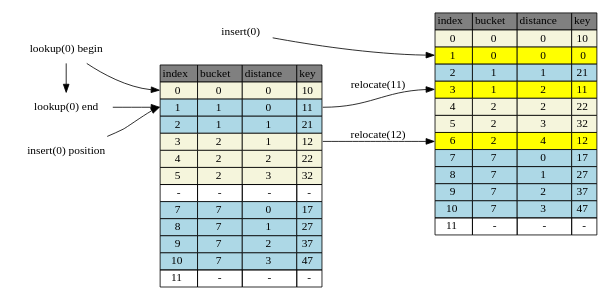
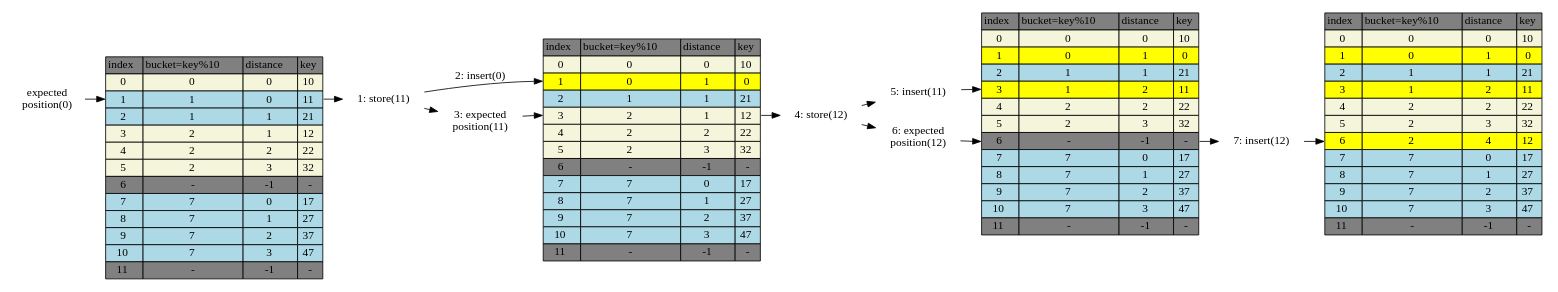
The diagram in robinhood/hash-table-robinhood-insert-0.dot (jasonlue/digest), drawn with Graphviz before and after one commit. The commit also changed 5 other files, not shown here.

Commit message:
redesigned the diagram

```diff
--- a/robinhood/hash-table-robinhood-insert-0.dot
+++ b/robinhood/hash-table-robinhood-insert-0.dot
@@ -1,11 +1,13 @@
 digraph table{
     rankdir=LR
+    ranksep="0.1"
     node[shape=plaintext]
+
     table[label=<
         <TABLE BORDER="0" CELLBORDER="1" CELLSPACING="0">
             <TR>
                 <TD BGCOLOR="grey">index</TD>
-                <TD BGCOLOR="grey">bucket</TD>
+                <TD BGCOLOR="grey">bucket=key%10</TD>
                 <TD BGCOLOR="grey">distance</TD>
                 <TD BGCOLOR="grey">key</TD>
             </TR>           
@@ -13,7 +15,7 @@
                 <TD BGCOLOR="beige" PORT="i0">0</TD>
                 <TD BGCOLOR="beige">0</TD>
                 <TD BGCOLOR="beige">0</TD>
-                <TD BGCOLOR="beige">10</TD>
+                <TD BGCOLOR="beige" PORT="k0">10</TD>
             </TR>           
             <TR>
                 <TD BGCOLOR="lightblue" PORT="i1">1</TD>
@@ -25,7 +27,7 @@
                 <TD BGCOLOR="lightblue" PORT="i2">2</TD>
                 <TD BGCOLOR="lightblue">1</TD>
                 <TD BGCOLOR="lightblue">1</TD>
-                <TD BGCOLOR="lightblue">21</TD>
+                <TD BGCOLOR="lightblue" PORT="k2">21</TD>
             </TR>           
             <TR>
                 <TD BGCOLOR="beige" PORT="i3">3</TD>
@@ -34,81 +36,162 @@
                 <TD BGCOLOR="beige" PORT="k3">12</TD>
             </TR>           
             <TR>
-                <TD BGCOLOR="beige">4</TD>
+                <TD BGCOLOR="beige" PORT="i4">4</TD>
                 <TD BGCOLOR="beige">2</TD>
                 <TD BGCOLOR="beige">2</TD>
-                <TD BGCOLOR="beige">22</TD>
+                <TD BGCOLOR="beige" PORT="k4">22</TD>
             </TR>           
             <TR>
-                <TD BGCOLOR="beige">5</TD>
+                <TD BGCOLOR="beige" PORT="i5">5</TD>
                 <TD BGCOLOR="beige">2</TD>
                 <TD BGCOLOR="beige">3</TD>
-                <TD BGCOLOR="beige">32</TD>
+                <TD BGCOLOR="beige" PORT="k5">32</TD>
             </TR>           
             <TR>
-                <TD PORT="i6">-</TD>
-                <TD>-</TD>
-                <TD>-</TD>
-                <TD PORT="k6">-</TD>
+                <TD BGCOLOR="grey" PORT="i6">6</TD>
+                <TD BGCOLOR="grey">-</TD>
+                <TD BGCOLOR="grey">-1</TD>
+                <TD BGCOLOR="grey" PORT="k6">-</TD>
             </TR>           
             <TR>
-                <TD BGCOLOR="lightblue">7</TD>
+                <TD BGCOLOR="lightblue" PORT="i7">7</TD>
                 <TD BGCOLOR="lightblue">7</TD>
                 <TD BGCOLOR="lightblue">0</TD>
-                <TD BGCOLOR="lightblue">17</TD>
+                <TD BGCOLOR="lightblue" PORT="k7">17</TD>
             </TR>           
             <TR>
-                <TD BGCOLOR="lightblue">8</TD>
+                <TD BGCOLOR="lightblue" PORT="i8">8</TD>
                 <TD BGCOLOR="lightblue">7</TD>
                 <TD BGCOLOR="lightblue">1</TD>
-                <TD BGCOLOR="lightblue">27</TD>
+                <TD BGCOLOR="lightblue" PORT="k8">27</TD>
             </TR>           
             <TR>
-                <TD BGCOLOR="lightblue">9</TD>
+                <TD BGCOLOR="lightblue" PORT="i9">9</TD>
                 <TD BGCOLOR="lightblue">7</TD>
                 <TD BGCOLOR="lightblue">2</TD>
-                <TD BGCOLOR="lightblue">37</TD>
+                <TD BGCOLOR="lightblue" PORT="k9">37</TD>
             </TR>           
             <TR>
-                <TD BGCOLOR="lightblue">10</TD>
+                <TD BGCOLOR="lightblue" PORT="i10">10</TD>
                 <TD BGCOLOR="lightblue">7</TD>
                 <TD BGCOLOR="lightblue">3</TD>
-                <TD BGCOLOR="lightblue">47</TD>
+                <TD BGCOLOR="lightblue" PORT="k10">47</TD>
             </TR>           
             <TR>
-                <TD>11</TD>
-                <TD >-</TD>
-                <TD >-</TD>
-                <TD >-</TD>
+                <TD BGCOLOR="grey" PORT="i11">11</TD>
+                <TD BGCOLOR="grey">-</TD>
+                <TD BGCOLOR="grey">-1</TD>
+                <TD BGCOLOR="grey" PORT="k11">-</TD>
             </TR>          
         </TABLE>
     >]
-
     table2[label=<
         <TABLE BORDER="0" CELLBORDER="1" CELLSPACING="0">
             <TR>
                 <TD BGCOLOR="grey">index</TD>
-                <TD BGCOLOR="grey">bucket</TD>
+                <TD BGCOLOR="grey">bucket=key%10</TD>
                 <TD BGCOLOR="grey">distance</TD>
                 <TD BGCOLOR="grey">key</TD>
             </TR>           
             <TR>
+                <TD BGCOLOR="beige" PORT="i0">0</TD>
                 <TD BGCOLOR="beige">0</TD>
                 <TD BGCOLOR="beige">0</TD>
-                <TD BGCOLOR="beige">0</TD>
-                <TD BGCOLOR="beige">10</TD>
+                <TD BGCOLOR="beige" PORT="k0">10</TD>
             </TR>           
             <TR>
                 <TD BGCOLOR="yellow" PORT="i1">1</TD>
                 <TD BGCOLOR="yellow">0</TD>
+                <TD BGCOLOR="yellow">1</TD>
+                <TD BGCOLOR="yellow" PORT="k1">0</TD>
+            </TR>
+            <TR>
+                <TD BGCOLOR="lightblue" PORT="i2">2</TD>
+                <TD BGCOLOR="lightblue">1</TD>
+                <TD BGCOLOR="lightblue">1</TD>
+                <TD BGCOLOR="lightblue" PORT="k2">21</TD>
+            </TR>           
+            <TR>
+                <TD BGCOLOR="beige" PORT="i3">3</TD>
+                <TD BGCOLOR="beige">2</TD>
+                <TD BGCOLOR="beige">1</TD>
+                <TD BGCOLOR="beige" PORT="k3">12</TD>
+            </TR>           
+            <TR>
+                <TD BGCOLOR="beige" PORT="i4">4</TD>
+                <TD BGCOLOR="beige">2</TD>
+                <TD BGCOLOR="beige">2</TD>
+                <TD BGCOLOR="beige" PORT="k4">22</TD>
+            </TR>           
+            <TR>
+                <TD BGCOLOR="beige" PORT="i5">5</TD>
+                <TD BGCOLOR="beige">2</TD>
+                <TD BGCOLOR="beige">3</TD>
+                <TD BGCOLOR="beige" PORT="k5">32</TD>
+            </TR>           
+            <TR>
+                <TD BGCOLOR="grey" PORT="i6">6</TD>
+                <TD BGCOLOR="grey">-</TD>
+                <TD BGCOLOR="grey">-1</TD>
+                <TD BGCOLOR="grey" PORT="k6">-</TD>
+            </TR>           
+            <TR>
+                <TD BGCOLOR="lightblue" PORT="i7">7</TD>
+                <TD BGCOLOR="lightblue">7</TD>
+                <TD BGCOLOR="lightblue">0</TD>
+                <TD BGCOLOR="lightblue" PORT="k7">17</TD>
+            </TR>           
+            <TR>
+                <TD BGCOLOR="lightblue" PORT="i8">8</TD>
+                <TD BGCOLOR="lightblue">7</TD>
+                <TD BGCOLOR="lightblue">1</TD>
+                <TD BGCOLOR="lightblue" PORT="k8">27</TD>
+            </TR>           
+            <TR>
+                <TD BGCOLOR="lightblue" PORT="i9">9</TD>
+                <TD BGCOLOR="lightblue">7</TD>
+                <TD BGCOLOR="lightblue">2</TD>
+                <TD BGCOLOR="lightblue" PORT="k9">37</TD>
+            </TR>           
+            <TR>
+                <TD BGCOLOR="lightblue" PORT="i10">10</TD>
+                <TD BGCOLOR="lightblue">7</TD>
+                <TD BGCOLOR="lightblue">3</TD>
+                <TD BGCOLOR="lightblue" PORT="k10">47</TD>
+            </TR>           
+            <TR>
+                <TD BGCOLOR="grey" PORT="i11">11</TD>
+                <TD BGCOLOR="grey">-</TD>
+                <TD BGCOLOR="grey">-1</TD>
+                <TD BGCOLOR="grey" PORT="k11">-</TD>
+            </TR>          
+        </TABLE>
+    >]
+    table3[label=<
+        <TABLE BORDER="0" CELLBORDER="1" CELLSPACING="0">
+            <TR>
+                <TD BGCOLOR="grey">index</TD>
+                <TD BGCOLOR="grey">bucket=key%10</TD>
+                <TD BGCOLOR="grey">distance</TD>
+                <TD BGCOLOR="grey">key</TD>
+            </TR>           
+            <TR>
+                <TD BGCOLOR="beige" PORT="i0">0</TD>
+                <TD BGCOLOR="beige">0</TD>
+                <TD BGCOLOR="beige">0</TD>
+                <TD BGCOLOR="beige" PORT="k0">10</TD>
+            </TR>           
+            <TR>
+                <TD BGCOLOR="yellow" PORT="i1">1</TD>
                 <TD BGCOLOR="yellow">0</TD>
+                <TD BGCOLOR="yellow">1</TD>
                 <TD BGCOLOR="yellow" PORT="k1">0</TD>
             </TR>           
             <TR>
                 <TD BGCOLOR="lightblue" PORT="i2">2</TD>
                 <TD BGCOLOR="lightblue">1</TD>
                 <TD BGCOLOR="lightblue">1</TD>
-                <TD BGCOLOR="lightblue">21</TD>
+                <TD BGCOLOR="lightblue" PORT="k2">21</TD>
             </TR>           
             <TR>
                 <TD BGCOLOR="yellow" PORT="i3">3</TD>
@@ -117,62 +200,144 @@
                 <TD BGCOLOR="yellow" PORT="k3">11</TD>
             </TR>           
             <TR>
-                <TD BGCOLOR="beige">4</TD>
+                <TD BGCOLOR="beige" PORT="i4">4</TD>
                 <TD BGCOLOR="beige">2</TD>
                 <TD BGCOLOR="beige">2</TD>
-                <TD BGCOLOR="beige">22</TD>
+                <TD BGCOLOR="beige" PORT="k4">22</TD>
             </TR>           
             <TR>
-                <TD BGCOLOR="beige">5</TD>
+                <TD BGCOLOR="beige" PORT="i5">5</TD>
                 <TD BGCOLOR="beige">2</TD>
                 <TD BGCOLOR="beige">3</TD>
-                <TD BGCOLOR="beige">32</TD>
+                <TD BGCOLOR="beige" PORT="k5">32</TD>
+            </TR>           
+            <TR>
+                <TD BGCOLOR="grey" PORT="i6">6</TD>
+                <TD BGCOLOR="grey">-</TD>
+                <TD BGCOLOR="grey">-1</TD>
+                <TD BGCOLOR="grey" PORT="k6">-</TD>
+            </TR>           
+            <TR>
+                <TD BGCOLOR="lightblue" PORT="i7">7</TD>
+                <TD BGCOLOR="lightblue">7</TD>
+                <TD BGCOLOR="lightblue">0</TD>
+                <TD BGCOLOR="lightblue" PORT="k7">17</TD>
+            </TR>           
+            <TR>
+                <TD BGCOLOR="lightblue" PORT="i8">8</TD>
+                <TD BGCOLOR="lightblue">7</TD>
+                <TD BGCOLOR="lightblue">1</TD>
+                <TD BGCOLOR="lightblue" PORT="k8">27</TD>
+            </TR>           
+            <TR>
+                <TD BGCOLOR="lightblue" PORT="i9">9</TD>
+                <TD BGCOLOR="lightblue">7</TD>
+                <TD BGCOLOR="lightblue">2</TD>
+                <TD BGCOLOR="lightblue" PORT="k9">37</TD>
+            </TR>           
+            <TR>
+                <TD BGCOLOR="lightblue" PORT="i10">10</TD>
+                <TD BGCOLOR="lightblue">7</TD>
+                <TD BGCOLOR="lightblue">3</TD>
+                <TD BGCOLOR="lightblue" PORT="k10">47</TD>
+            </TR>           
+            <TR>
+                <TD BGCOLOR="grey" PORT="i11">11</TD>
+                <TD BGCOLOR="grey">-</TD>
+                <TD BGCOLOR="grey">-1</TD>
+                <TD BGCOLOR="grey" PORT="k11">-</TD>
+            </TR>          
+        </TABLE>
+    >]
+
+    table4[label=<
+        <TABLE BORDER="0" CELLBORDER="1" CELLSPACING="0">
+            <TR>
+                <TD BGCOLOR="grey">index</TD>
+                <TD BGCOLOR="grey">bucket=key%10</TD>
+                <TD BGCOLOR="grey">distance</TD>
+                <TD BGCOLOR="grey">key</TD>
+            </TR>           
+            <TR>
+                <TD BGCOLOR="beige" PORT="i0">0</TD>
+                <TD BGCOLOR="beige">0</TD>
+                <TD BGCOLOR="beige">0</TD>
+                <TD BGCOLOR="beige" PORT="k0">10</TD>
+            </TR>           
+            <TR>
+                <TD BGCOLOR="yellow" PORT="i1">1</TD>
+                <TD BGCOLOR="yellow">0</TD>
+                <TD BGCOLOR="yellow">1</TD>
+                <TD BGCOLOR="yellow" PORT="k1">0</TD>
+            </TR>           
+            <TR>
+                <TD BGCOLOR="lightblue" PORT="i2">2</TD>
+                <TD BGCOLOR="lightblue">1</TD>
+                <TD BGCOLOR="lightblue">1</TD>
+                <TD BGCOLOR="lightblue" PORT="k2">21</TD>
+            </TR>           
+            <TR>
+                <TD BGCOLOR="yellow" PORT="i3">3</TD>
+                <TD BGCOLOR="yellow">1</TD>
+                <TD BGCOLOR="yellow">2</TD>
+                <TD BGCOLOR="yellow" PORT="k3">11</TD>
+            </TR>           
+            <TR>
+                <TD BGCOLOR="beige" PORT="i4">4</TD>
+                <TD BGCOLOR="beige">2</TD>
+                <TD BGCOLOR="beige">2</TD>
+                <TD BGCOLOR="beige" PORT="k4">22</TD>
+            </TR>           
+            <TR>
+                <TD BGCOLOR="beige" PORT="i5">5</TD>
+                <TD BGCOLOR="beige">2</TD>
+                <TD BGCOLOR="beige">3</TD>
+                <TD BGCOLOR="beige" PORT="k5">32</TD>
             </TR>           
             <TR>
                 <TD BGCOLOR="yellow" PORT="i6">6</TD>
-                <TD BGCOLOR="yellow" >2</TD>
-                <TD BGCOLOR="yellow" >4</TD>
+                <TD BGCOLOR="yellow">2</TD>
+                <TD BGCOLOR="yellow">4</TD>
                 <TD BGCOLOR="yellow" PORT="k6">12</TD>
             </TR>           
             <TR>
-                <TD BGCOLOR="lightblue">7</TD>
+                <TD BGCOLOR="lightblue" PORT="i7">7</TD>
                 <TD BGCOLOR="lightblue">7</TD>
                 <TD BGCOLOR="lightblue">0</TD>
-                <TD BGCOLOR="lightblue">17</TD>
+                <TD BGCOLOR="lightblue" PORT="k7">17</TD>
             </TR>           
             <TR>
-                <TD BGCOLOR="lightblue">8</TD>
+                <TD BGCOLOR="lightblue" PORT="i8">8</TD>
                 <TD BGCOLOR="lightblue">7</TD>
                 <TD BGCOLOR="lightblue">1</TD>
-                <TD BGCOLOR="lightblue">27</TD>
+                <TD BGCOLOR="lightblue" PORT="k8">27</TD>
             </TR>           
             <TR>
-                <TD BGCOLOR="lightblue">9</TD>
+                <TD BGCOLOR="lightblue" PORT="i9">9</TD>
                 <TD BGCOLOR="lightblue">7</TD>
                 <TD BGCOLOR="lightblue">2</TD>
-                <TD BGCOLOR="lightblue">37</TD>
+                <TD BGCOLOR="lightblue" PORT="k9">37</TD>
             </TR>           
             <TR>
-                <TD BGCOLOR="lightblue">10</TD>
+                <TD BGCOLOR="lightblue" PORT="i10">10</TD>
                 <TD BGCOLOR="lightblue">7</TD>
                 <TD BGCOLOR="lightblue">3</TD>
-                <TD BGCOLOR="lightblue">47</TD>
+                <TD BGCOLOR="lightblue" PORT="k10">47</TD>
             </TR>           
             <TR>
-                <TD>11</TD>
-                <TD >-</TD>
-                <TD >-</TD>
-                <TD >-</TD>
+                <TD BGCOLOR="grey" PORT="i11">11</TD>
+                <TD BGCOLOR="grey">-</TD>
+                <TD BGCOLOR="grey">-1</TD>
+                <TD BGCOLOR="grey" PORT="k11">-</TD>
             </TR>          
         </TABLE>
     >]
-    "lookup(0) begin" -> table:i0
-    "lookup(0) end" -> table:i1
-    "lookup(0) begin" -> "lookup(0) end"
-    "insert(0) position" -> table:i1
-    { rank=same "lookup(0) begin" "lookup(0) end" "insert(0) position"};
 
-    "insert(0)" -> table2:i1
-    table:k1->table2:i3 [label="relocate(11)"]
-    table:k3->table2:i6 [label="relocate(12)"]
+    "expected \nposition(0)" -> table:i1
+    "1: store(11)" -> table2:i1 [label="2: insert(0)"]
+
+    table:k1 -> "1: store(11)" -> "3: expected \nposition(11)" -> table2:i3
+    table2:k3 -> "4: store(12)" -> "5: insert(11)" -> table3:i3
+    "4: store(12)" -> "6: expected \nposition(12)" -> table3:i6
+    table3:k6 -> "7: insert(12)" -> table4:i6
 }
```
